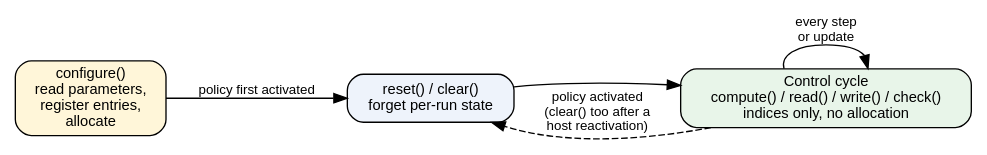
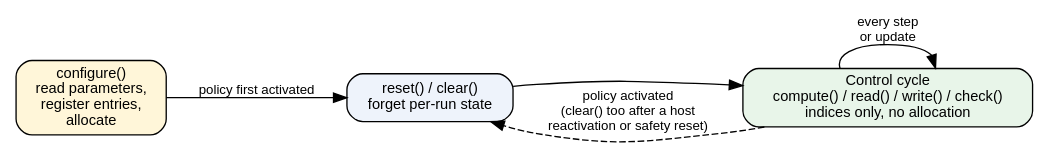
One commit to saikishor/ros2_policy_framework changed the second of 2 diagrams in docs/extending.rst. Above: the diagram before and after it, drawn with Graphviz. The commit also changed other lines of this file and 3 other files, not shown here.

Commit message:
Document in the README and the docs that a safety reset after a stop restarts the policy

```diff
--- a/docs/extending.rst
+++ b/docs/extending.rst
@@ -79,14 +79,14 @@
 .. graphviz::
 
    digraph plugin_life {
      rankdir=LR;
      node [shape=box, style="rounded,filled", fillcolor="#eef3fb", fontname="Helvetica", fontsize=11];
      edge [fontname="Helvetica", fontsize=10];
      configure [label="configure()\nread parameters,\nregister entries,\nallocate", fillcolor="#fff6d9"];
      cycle [label="Control cycle\ncompute() / read() / write() / check()\nindices only, no allocation", fillcolor="#e8f5e9"];
      reset [label="reset() / clear()\nforget per-run state"];
      configure -> reset [label="policy first activated"];
      reset -> cycle;
      cycle -> cycle [label="every step\nor update"];
-     cycle -> reset [label="policy activated\n(clear() too after a\nhost reactivation)", style=dashed];
+     cycle -> reset [label="policy activated\n(clear() too after a host\nreactivation or safety reset)", style=dashed];
    }
```
